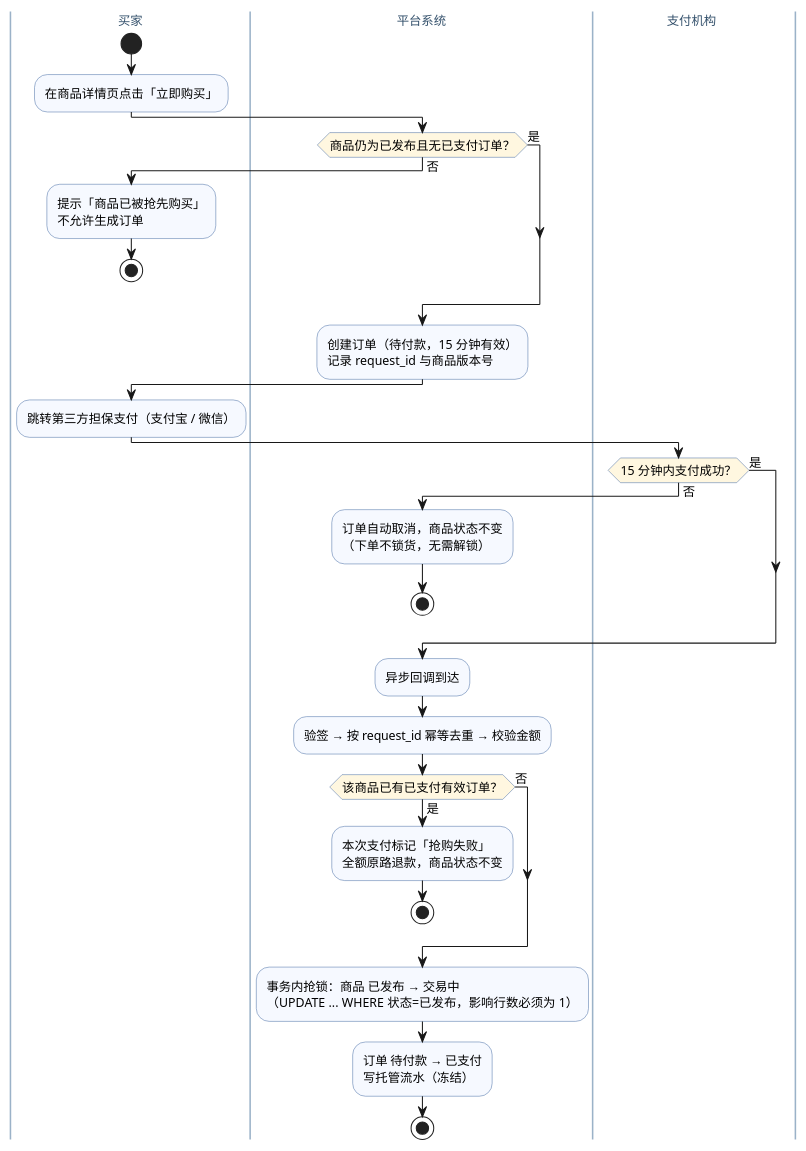
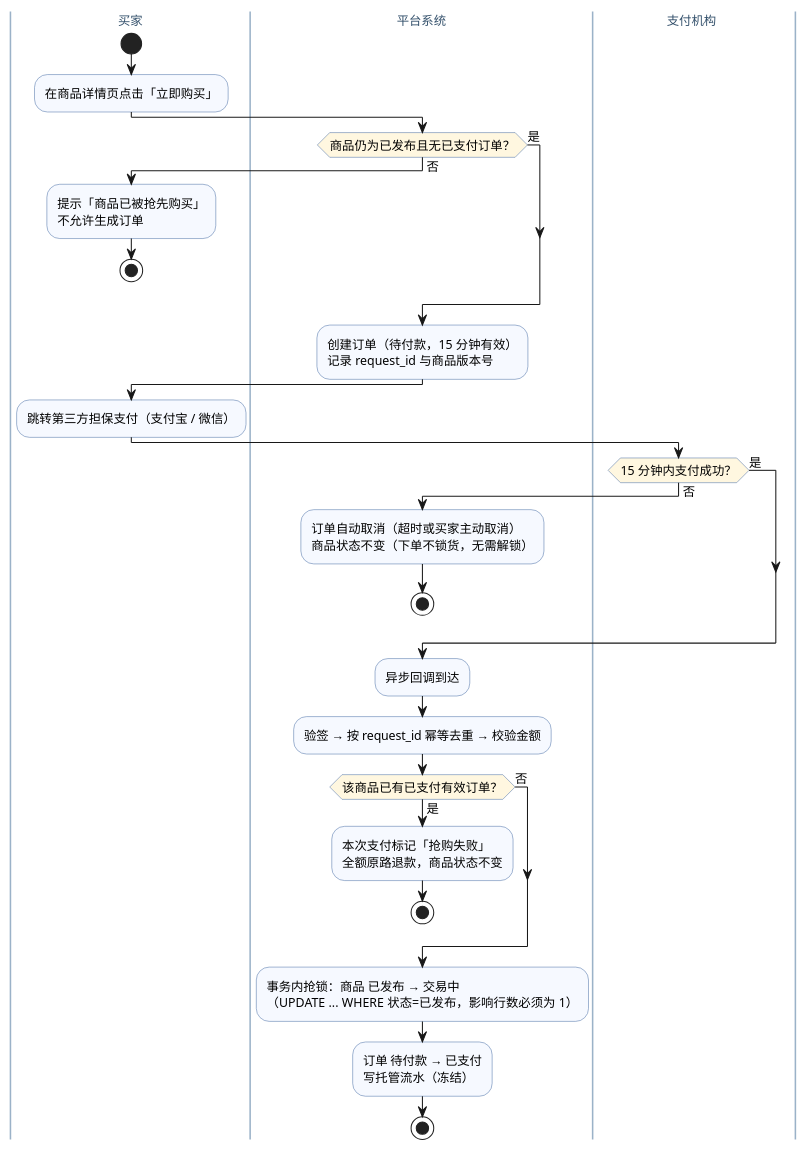
One commit to XuHR233/SE-lab1-requirements changed the diagram in lab02/UML/活动图1_下单与支付.puml. Above: the diagram before and after it, drawn with PlantUML. The commit also changed 15 other files, not shown here.

Commit message:
按需求逐条复核全部 UML 图：类图补结算记录/纠纷工单与角色枚举，活动图2 补 15 天自动退款与客服介入分支，订单状态图补自动退款与预售取消口径，用例图补客服说明

```diff
--- a/lab02/UML/活动图1_下单与支付.puml
+++ b/lab02/UML/活动图1_下单与支付.puml
@@ -1,59 +1,59 @@
 @startuml
 ' 实验二 · 二手交易系统 · 活动图 1/2：下单与支付（买家 · 平台 · 支付机构）
 ' 画法取舍：旧版把下单→支付→发货→收货→结算 15 步塞进一张单列竖图（388×1543），
 '           贴进 A4 只剩中间一条、两侧全空。改法：①换泳道，把纵向流程摊成横向责任带；
 '           ②按业务阶段拆成两张（本图到支付成功为止），每张比例接近 A4 版心。
 skinparam defaultFontName "Microsoft YaHei"
 skinparam defaultFontSize 12
 skinparam shadowing false
 skinparam swimlaneWidth 175
 skinparam activity {
   BackgroundColor #F6F9FF
   BorderColor #4A6FA5
   DiamondBackgroundColor #FFF7E0
 }
 skinparam swimlane {
   BorderColor #9BB2C8
   BackgroundColor #FCFDFF
   TitleFontColor #33506B
 }
 
 |买家|
 start
 :在商品详情页点击「立即购买」;
 
 |平台系统|
 if (商品仍为已发布且无已支付订单？) then (否)
   |买家|
   :提示「商品已被抢先购买」\n不允许生成订单;
   stop
 else (是)
 endif
 
 |平台系统|
 :创建订单（待付款，15 分钟有效）\n记录 request_id 与商品版本号;
 
 |买家|
 :跳转第三方担保支付（支付宝 / 微信）;
 
 |支付机构|
 if (15 分钟内支付成功？) then (否)
   |平台系统|
-  :订单自动取消，商品状态不变\n（下单不锁货，无需解锁）;
+  :订单自动取消（超时或买家主动取消）\n商品状态不变（下单不锁货，无需解锁）;
   stop
 else (是)
 endif
 :异步回调到达;
 
 |平台系统|
 :验签 → 按 request_id 幂等去重 → 校验金额;
 if (该商品已有已支付有效订单？) then (是)
   :本次支付标记「抢购失败」\n全额原路退款，商品状态不变;
   stop
 else (否)
 endif
 :事务内抢锁：商品 已发布 → 交易中\n（UPDATE ... WHERE 状态=已发布，影响行数必须为 1）;
 :订单 待付款 → 已支付\n写托管流水（冻结）;
 stop
 
 @enduml
```
